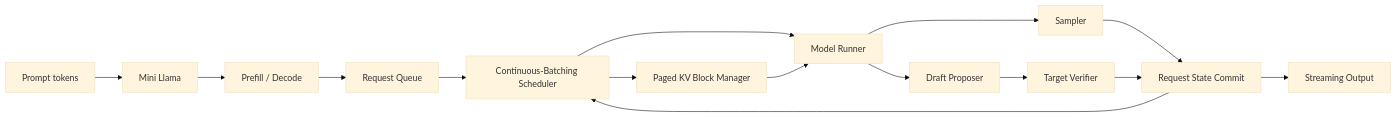
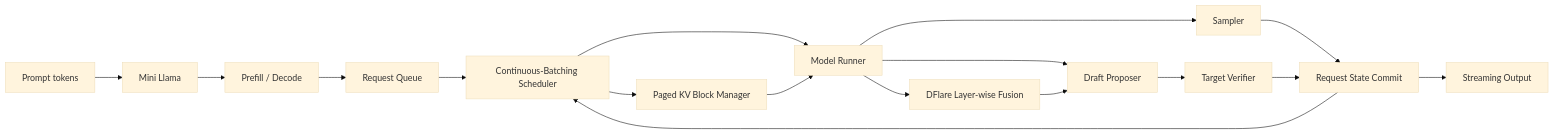
Before and after one commit to Oricranez2Z/llama-to-dspark-trace: the diagram in README.md, drawn with Mermaid (base theme). The commit also changed other lines of this file and 28 other files, not shown here.

````diff
--- a/README.md
+++ b/README.md
@@ -18,17 +18,19 @@
 ```mermaid
 flowchart LR
     A[Prompt tokens] --> B[Mini Llama]
     B --> C[Prefill / Decode]
     C --> D[Request Queue]
     D --> E[Continuous-Batching Scheduler]
     E --> F[Paged KV Block Manager]
     E --> G[Model Runner]
     F --> G
     G --> H[Sampler]
     H --> I[Request State Commit]
     I --> E
     I --> J[Streaming Output]
     G --> K[Draft Proposer]
     K --> L[Target Verifier]
     L --> I
+    G --> M[DFlare Layer-wise Fusion]
+    M --> K
 ```
````
